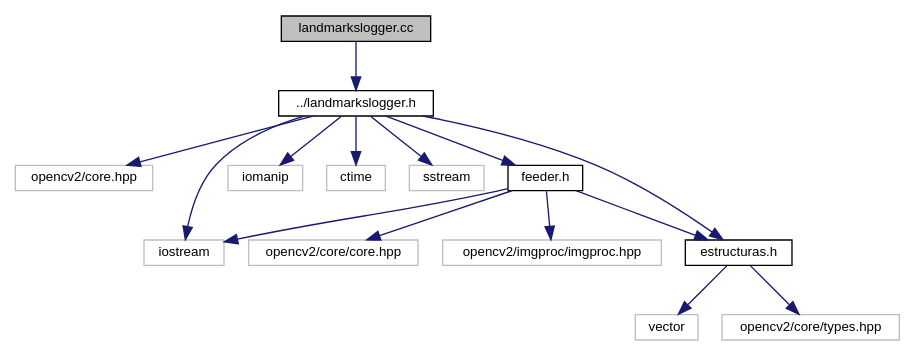
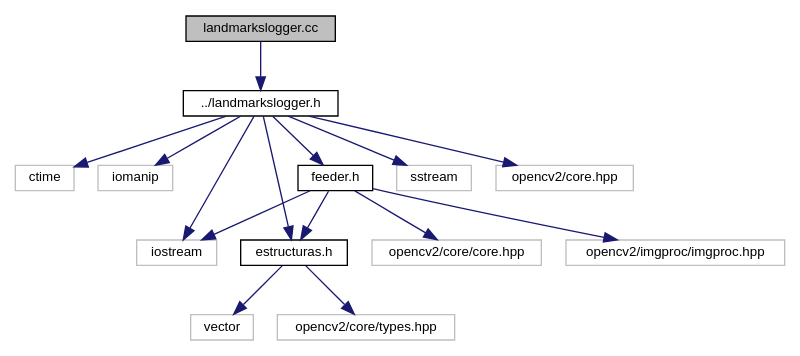
Before and after one commit to agustinavila/ProyectoVision: the diagram in landmarkslogger_8cc__incl.dot, drawn with Graphviz. The commit also changed 191 other files, not shown here.

```diff
--- a/landmarkslogger_8cc__incl.dot
+++ b/landmarkslogger_8cc__incl.dot
@@ -1,33 +1,33 @@
 digraph "landmarkslogger.cc"
 {
  // LATEX_PDF_SIZE
   edge [fontname="Helvetica",fontsize="10",labelfontname="Helvetica",labelfontsize="10"];
   node [fontname="Helvetica",fontsize="10",shape=record];
   Node1 [label="landmarkslogger.cc",height=0.2,width=0.4,color="black", fillcolor="grey75", style="filled", fontcolor="black",tooltip="Implementacion de la clase LandmarksLogger."];
   Node1 -> Node2 [color="midnightblue",fontsize="10",style="solid",fontname="Helvetica"];
   Node2 [label="../landmarkslogger.h",height=0.2,width=0.4,color="black", fillcolor="white", style="filled",URL="$landmarkslogger_8h.html",tooltip="Archivo de cabecera de la clase LandmarksLogger."];
   Node2 -> Node3 [color="midnightblue",fontsize="10",style="solid",fontname="Helvetica"];
-  Node3 [label="opencv2/core.hpp",height=0.2,width=0.4,color="grey75", fillcolor="white", style="filled",tooltip=" "];
+  Node3 [label="ctime",height=0.2,width=0.4,color="grey75", fillcolor="white", style="filled",tooltip=" "];
   Node2 -> Node4 [color="midnightblue",fontsize="10",style="solid",fontname="Helvetica"];
-  Node4 [label="iostream",height=0.2,width=0.4,color="grey75", fillcolor="white", style="filled",tooltip=" "];
+  Node4 [label="iomanip",height=0.2,width=0.4,color="grey75", fillcolor="white", style="filled",tooltip=" "];
   Node2 -> Node5 [color="midnightblue",fontsize="10",style="solid",fontname="Helvetica"];
-  Node5 [label="iomanip",height=0.2,width=0.4,color="grey75", fillcolor="white", style="filled",tooltip=" "];
+  Node5 [label="iostream",height=0.2,width=0.4,color="grey75", fillcolor="white", style="filled",tooltip=" "];
   Node2 -> Node6 [color="midnightblue",fontsize="10",style="solid",fontname="Helvetica"];
-  Node6 [label="ctime",height=0.2,width=0.4,color="grey75", fillcolor="white", style="filled",tooltip=" "];
+  Node6 [label="sstream",height=0.2,width=0.4,color="grey75", fillcolor="white", style="filled",tooltip=" "];
   Node2 -> Node7 [color="midnightblue",fontsize="10",style="solid",fontname="Helvetica"];
-  Node7 [label="sstream",height=0.2,width=0.4,color="grey75", fillcolor="white", style="filled",tooltip=" "];
-  Node2 -> Node8 [color="midnightblue",fontsize="10",style="solid",fontname="Helvetica"];
-  Node8 [label="feeder.h",height=0.2,width=0.4,color="black", fillcolor="white", style="filled",URL="$feeder_8h.html",tooltip="Archivo de cabecera de la clase abstracta Feeder."];
-  Node8 -> Node4 [color="midnightblue",fontsize="10",style="solid",fontname="Helvetica"];
-  Node8 -> Node9 [color="midnightblue",fontsize="10",style="solid",fontname="Helvetica"];
-  Node9 [label="opencv2/core/core.hpp",height=0.2,width=0.4,color="grey75", fillcolor="white", style="filled",tooltip=" "];
-  Node8 -> Node10 [color="midnightblue",fontsize="10",style="solid",fontname="Helvetica"];
-  Node10 [label="opencv2/imgproc/imgproc.hpp",height=0.2,width=0.4,color="grey75", fillcolor="white", style="filled",tooltip=" "];
-  Node8 -> Node11 [color="midnightblue",fontsize="10",style="solid",fontname="Helvetica"];
-  Node11 [label="estructuras.h",height=0.2,width=0.4,color="black", fillcolor="white", style="filled",URL="$estructuras_8h.html",tooltip="Descripcion de distintas estructuras de datos usadas por la clase."];
-  Node11 -> Node12 [color="midnightblue",fontsize="10",style="solid",fontname="Helvetica"];
-  Node12 [label="vector",height=0.2,width=0.4,color="grey75", fillcolor="white", style="filled",tooltip=" "];
-  Node11 -> Node13 [color="midnightblue",fontsize="10",style="solid",fontname="Helvetica"];
-  Node13 [label="opencv2/core/types.hpp",height=0.2,width=0.4,color="grey75", fillcolor="white", style="filled",tooltip=" "];
-  Node2 -> Node11 [color="midnightblue",fontsize="10",style="solid",fontname="Helvetica"];
+  Node7 [label="estructuras.h",height=0.2,width=0.4,color="black", fillcolor="white", style="filled",URL="$estructuras_8h.html",tooltip="Descripcion de distintas estructuras de datos usadas por la clase."];
+  Node7 -> Node8 [color="midnightblue",fontsize="10",style="solid",fontname="Helvetica"];
+  Node8 [label="vector",height=0.2,width=0.4,color="grey75", fillcolor="white", style="filled",tooltip=" "];
+  Node7 -> Node9 [color="midnightblue",fontsize="10",style="solid",fontname="Helvetica"];
+  Node9 [label="opencv2/core/types.hpp",height=0.2,width=0.4,color="grey75", fillcolor="white", style="filled",tooltip=" "];
+  Node2 -> Node10 [color="midnightblue",fontsize="10",style="solid",fontname="Helvetica"];
+  Node10 [label="feeder.h",height=0.2,width=0.4,color="black", fillcolor="white", style="filled",URL="$feeder_8h.html",tooltip="Archivo de cabecera de la clase abstracta Feeder."];
+  Node10 -> Node5 [color="midnightblue",fontsize="10",style="solid",fontname="Helvetica"];
+  Node10 -> Node7 [color="midnightblue",fontsize="10",style="solid",fontname="Helvetica"];
+  Node10 -> Node11 [color="midnightblue",fontsize="10",style="solid",fontname="Helvetica"];
+  Node11 [label="opencv2/core/core.hpp",height=0.2,width=0.4,color="grey75", fillcolor="white", style="filled",tooltip=" "];
+  Node10 -> Node12 [color="midnightblue",fontsize="10",style="solid",fontname="Helvetica"];
+  Node12 [label="opencv2/imgproc/imgproc.hpp",height=0.2,width=0.4,color="grey75", fillcolor="white", style="filled",tooltip=" "];
+  Node2 -> Node13 [color="midnightblue",fontsize="10",style="solid",fontname="Helvetica"];
+  Node13 [label="opencv2/core.hpp",height=0.2,width=0.4,color="grey75", fillcolor="white", style="filled",tooltip=" "];
 }
```
